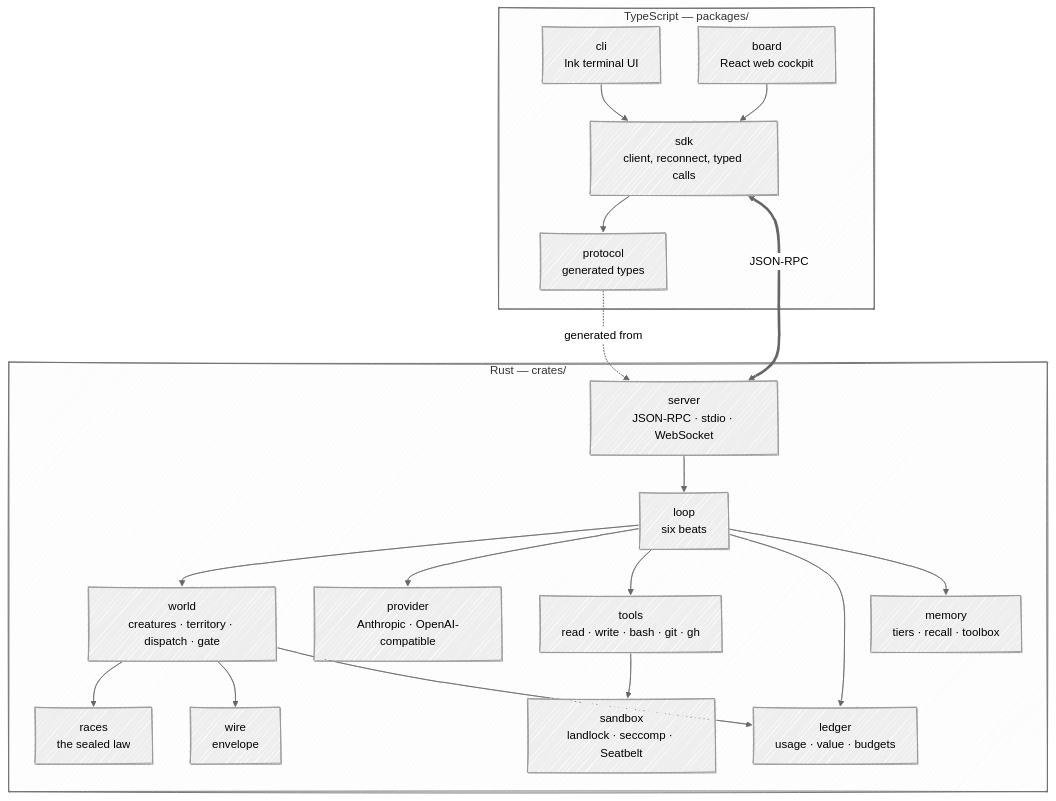
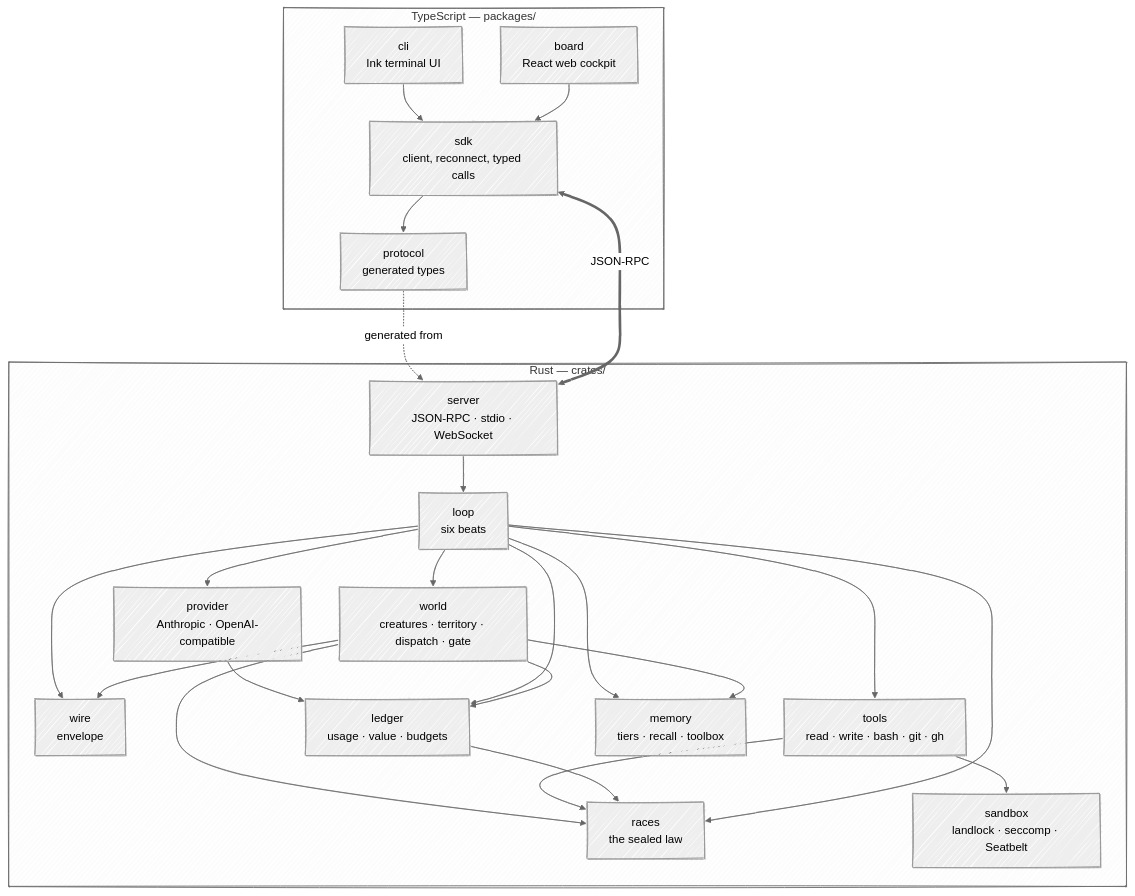
The first of 2 diagrams in docs/05-architecture.md (Kaginari/mnemorph), drawn with Mermaid before and after one commit. The commit also changed other lines of this file and 21 other files, not shown here.

````diff
--- a/docs/05-architecture.md
+++ b/docs/05-architecture.md
@@ -5,39 +5,43 @@
 ```mermaid
 ---
 config:
   look: handDrawn
   theme: neutral
 ---
 flowchart TB
     subgraph ts["TypeScript — packages/"]
       CLI["cli<br/>Ink terminal UI"]
       BOARD["board<br/>React web cockpit"]
       SDK["sdk<br/>client, reconnect, typed calls"]
       PROTO["protocol<br/>generated types"]
       CLI --> SDK
       BOARD --> SDK
       SDK --> PROTO
     end
     subgraph rs["Rust — crates/"]
       SERVER["server<br/>JSON-RPC · stdio · WebSocket"]
       LOOP["loop<br/>six beats"]
       WORLD["world<br/>creatures · territory · dispatch · gate"]
       RACES["races<br/>the sealed law"]
       WIRE["wire<br/>envelope"]
       TOOLS["tools<br/>read · write · bash · git · gh"]
       SANDBOX["sandbox<br/>landlock · seccomp · Seatbelt"]
       PROV["provider<br/>Anthropic · OpenAI-compatible"]
       LEDGER["ledger<br/>usage · value · budgets"]
       MEM["memory<br/>tiers · recall · toolbox"]
       SERVER --> LOOP
       LOOP --> WORLD --> RACES
-      LOOP --> PROV
+      LOOP --> PROV --> LEDGER
       LOOP --> TOOLS --> SANDBOX
-      LOOP --> LEDGER
+      TOOLS --> RACES
+      LOOP --> LEDGER --> RACES
       LOOP --> MEM
+      LOOP --> RACES
+      LOOP --> WIRE
       WORLD --> WIRE
       WORLD --> LEDGER
+      WORLD --> MEM
     end
     PROTO -. generated from .-> SERVER
     SDK <==>|JSON-RPC| SERVER
 ```
````
